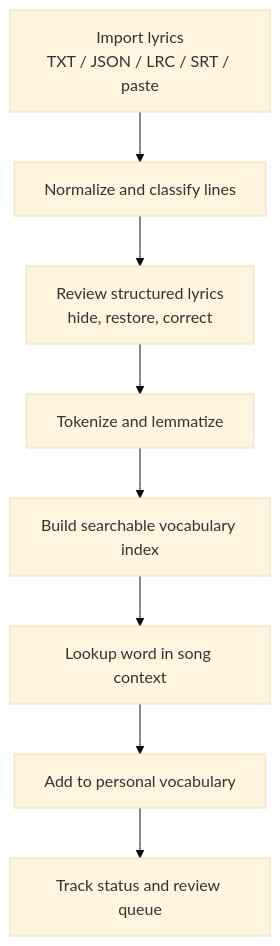
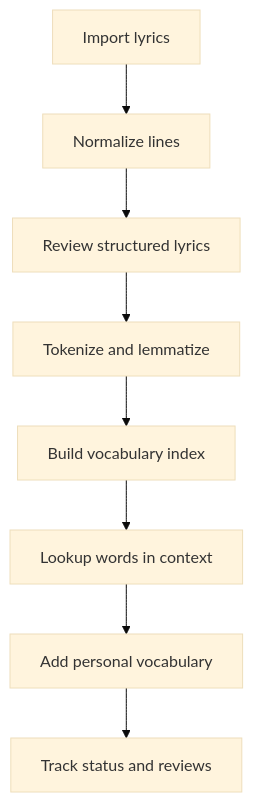
Before and after one commit to EachYoungX/IyricVocabularyBuilder: the first of 2 diagrams in README.md, drawn with Mermaid (base theme). The commit also changed other lines of this file and 19 other files, not shown here.

````diff
--- a/README.md
+++ b/README.md
@@ -27,10 +27,10 @@
 ```mermaid
 flowchart TD
-  A["Import lyrics<br/>TXT / JSON / LRC / SRT / paste"] --> B["Normalize and classify lines"]
-  B --> C["Review structured lyrics<br/>hide, restore, correct"]
+  A["Import lyrics"] --> B["Normalize lines"]
+  B --> C["Review structured lyrics"]
   C --> D["Tokenize and lemmatize"]
-  D --> E["Build searchable vocabulary index"]
-  E --> F["Lookup word in song context"]
-  F --> G["Add to personal vocabulary"]
-  G --> H["Track status and review queue"]
+  D --> E["Build vocabulary index"]
+  E --> F["Lookup words in context"]
+  F --> G["Add personal vocabulary"]
+  G --> H["Track status and reviews"]
 ```
````
